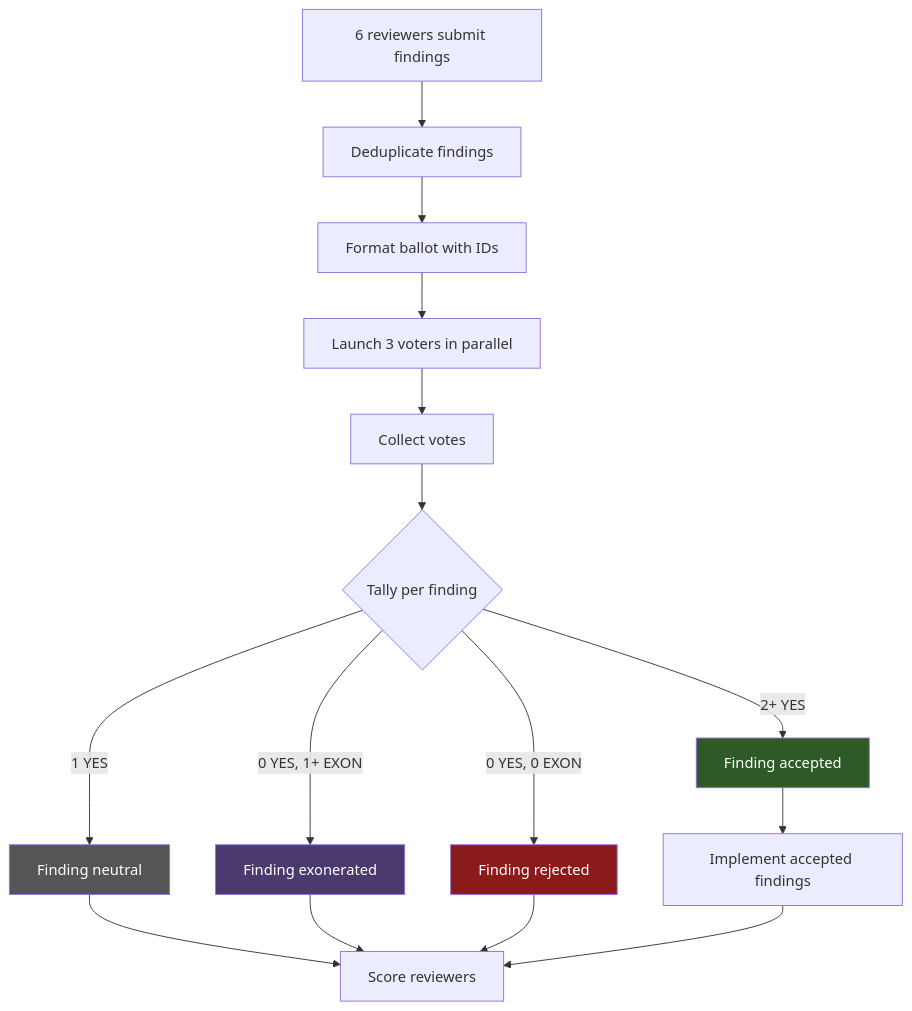
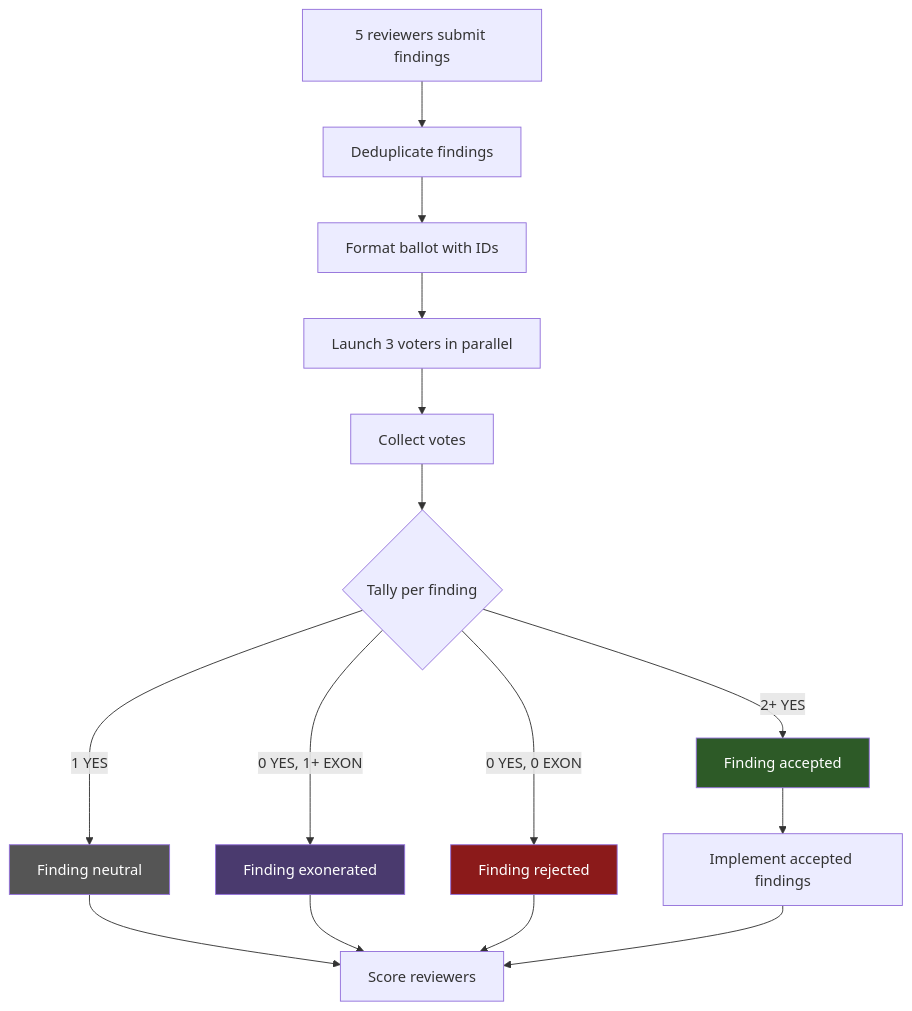
One commit to zhupanov/claudin changed the diagram in docs/voting-process.md. Above: the diagram before and after it, drawn with Mermaid. The commit also changed other lines of this file and 22 other files, not shown here.

````diff
--- a/docs/voting-process.md
+++ b/docs/voting-process.md
@@ -64,24 +64,24 @@
 ```mermaid
 flowchart TD
-    REVIEW[6 reviewers submit findings] --> DEDUP[Deduplicate findings]
+    REVIEW[5 reviewers submit findings] --> DEDUP[Deduplicate findings]
     DEDUP --> BALLOT[Format ballot with IDs]
     BALLOT --> LAUNCH[Launch 3 voters in parallel]
     LAUNCH --> COLLECT[Collect votes]
     COLLECT --> TALLY{Tally per finding}
 
     TALLY -->|2+ YES| ACCEPT[Finding accepted]
     TALLY -->|1 YES| NEUTRAL[Finding neutral]
     TALLY -->|0 YES, 1+ EXON| EXON[Finding exonerated]
     TALLY -->|0 YES, 0 EXON| REJECT[Finding rejected]
 
     ACCEPT --> IMPLEMENT[Implement accepted findings]
     NEUTRAL --> SCORE[Score reviewers]
     EXON --> SCORE
     REJECT --> SCORE
     IMPLEMENT --> SCORE
 
     style ACCEPT fill:#2d5a27,color:#fff
     style REJECT fill:#8b1a1a,color:#fff
     style EXON fill:#4a3a6e,color:#fff
     style NEUTRAL fill:#555,color:#fff
 ```
````
